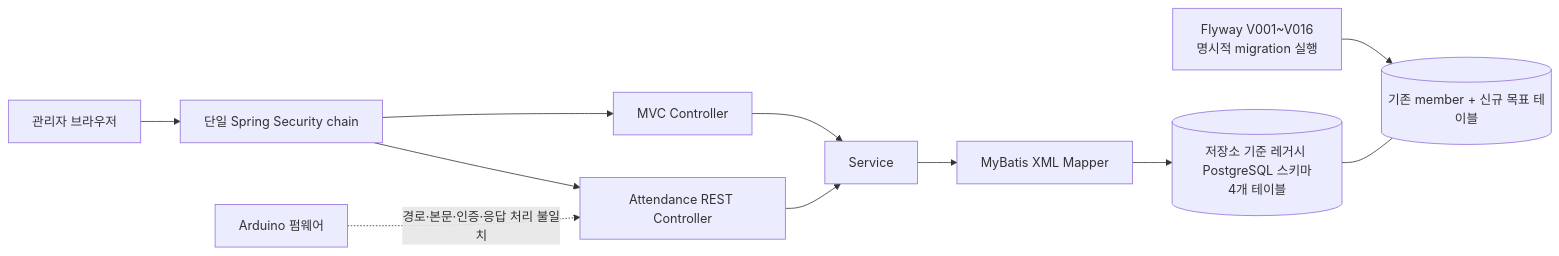
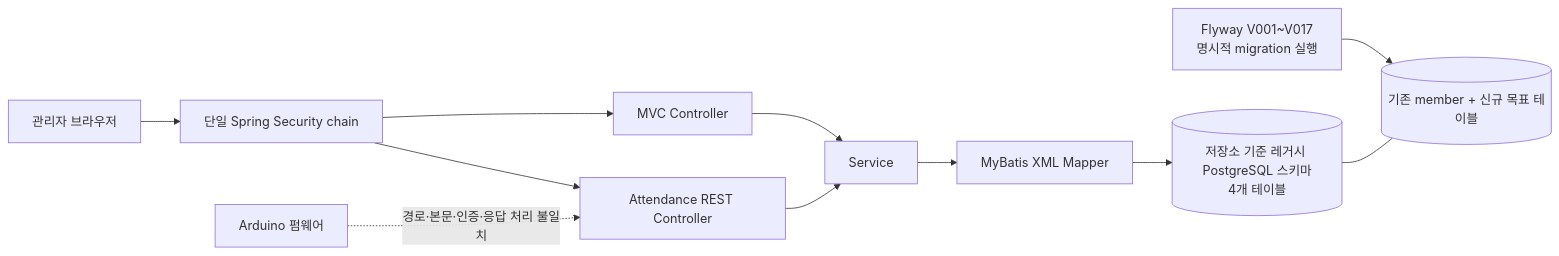
One commit to jinhokingofworld/attend changed the first of 6 diagrams in docs/ARCHITECTURE.md. Above: the diagram before and after it, drawn with Mermaid. The commit also changed other lines of this file and 40 other files, not shown here.

````diff
--- a/docs/ARCHITECTURE.md
+++ b/docs/ARCHITECTURE.md
@@ -121,13 +121,13 @@
 ```mermaid
 flowchart LR
     B["관리자 브라우저"] --> SC["단일 Spring Security chain"]
     SC --> MVC["MVC Controller"]
     SC --> API["Attendance REST Controller"]
     MVC --> S["Service"]
     API --> S
     S --> M["MyBatis XML Mapper"]
     M --> LDB[("저장소 기준 레거시 PostgreSQL 스키마<br>4개 테이블")]
-    FLY["Flyway V001~V016<br>명시적 migration 실행"] --> TDB[("기존 member + 신규 목표 테이블")]
+    FLY["Flyway V001~V017<br>명시적 migration 실행"] --> TDB[("기존 member + 신규 목표 테이블")]
     LDB --- TDB
     NFC["Arduino 펌웨어"] -. "경로·본문·인증·응답 처리 불일치" .-> API
 ```
````
